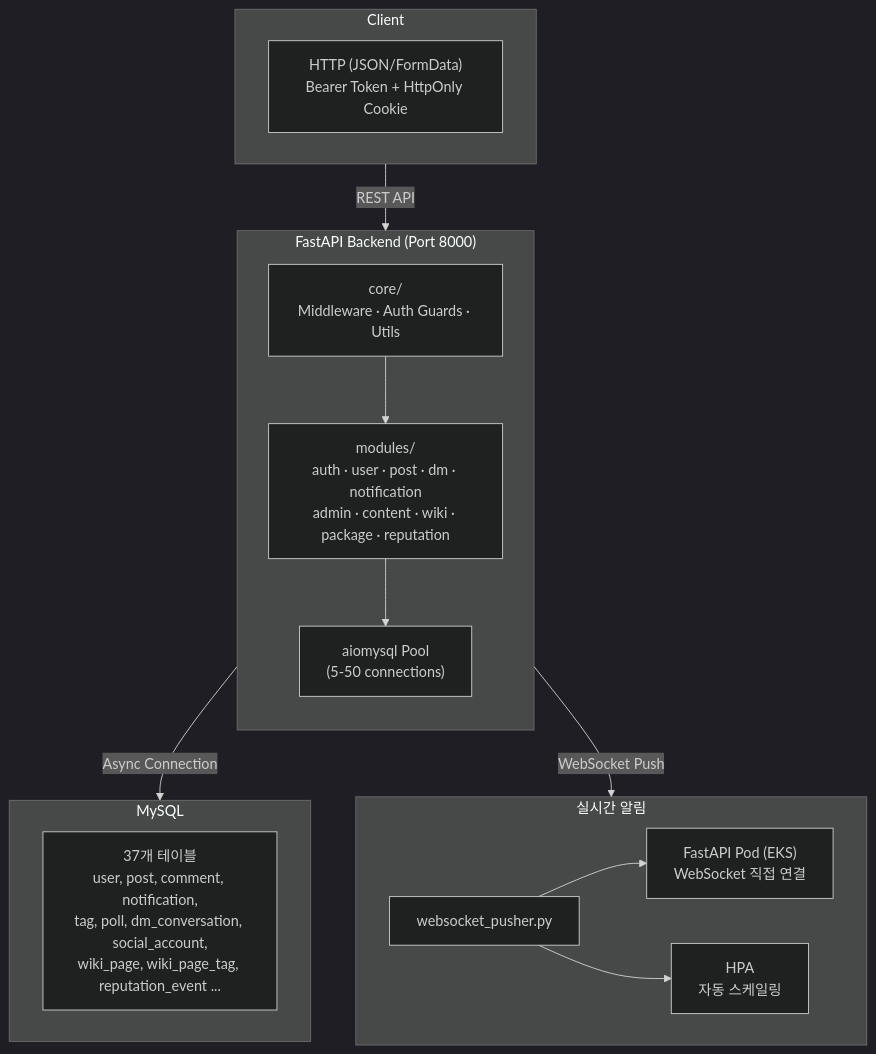
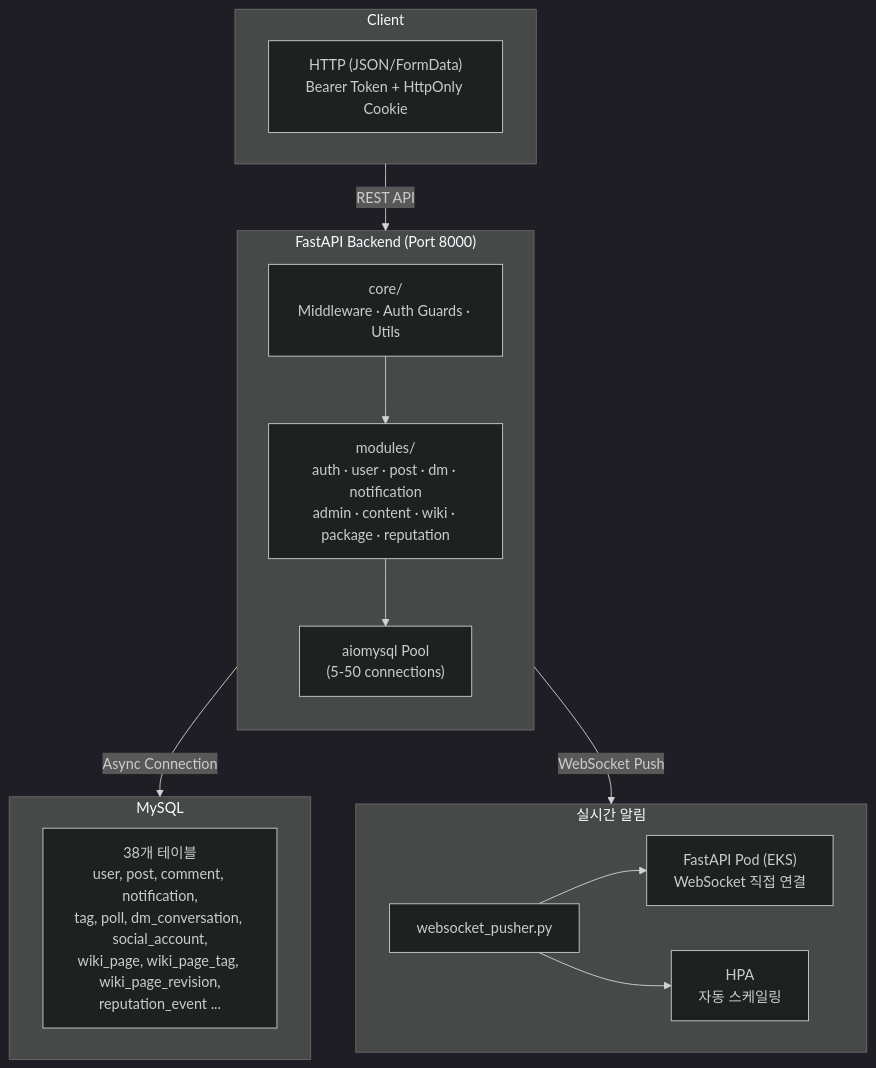
The first of 5 diagrams in README.md (revenantonthemission/2-cho-community-be), drawn with Mermaid (dark theme) before and after one commit. The commit also changed 1 other file, not shown here.

Commit message:
docs: knowledge quality 기능 동기화 업데이트 (BE)

````diff
--- a/README.md
+++ b/README.md
@@ -24,30 +24,30 @@
 ```mermaid
 flowchart TD
     subgraph Client["Client"]
         FE["HTTP (JSON/FormData)<br/>Bearer Token + HttpOnly Cookie"]
     end
 
     Client -->|"REST API"| Backend
 
     subgraph Backend["FastAPI Backend (Port 8000)"]
         direction TB
         Core["core/<br/>Middleware · Auth Guards · Utils"]
         Core --> Modules
         Modules["modules/<br/>auth · user · post · dm · notification<br/>admin · content · wiki · package · reputation"]
         Modules --> Pool["aiomysql Pool<br/>(5-50 connections)"]
     end
 
     Backend -->|"Async Connection"| DB
 
     subgraph DB["MySQL"]
-        Tables["37개 테이블<br/>user, post, comment, notification,<br/>tag, poll, dm_conversation, social_account,<br/>wiki_page, wiki_page_tag, reputation_event ..."]
+        Tables["38개 테이블<br/>user, post, comment, notification,<br/>tag, poll, dm_conversation, social_account,<br/>wiki_page, wiki_page_tag, wiki_page_revision,<br/>reputation_event ..."]
     end
 
     Backend -->|"WebSocket Push"| WS
 
     subgraph WS["실시간 알림"]
         Pusher["websocket_pusher.py"]
         Pusher --> K8sPod["FastAPI Pod (EKS)<br/>WebSocket 직접 연결"]
         Pusher --> HPA["HPA<br/>자동 스케일링"]
     end
 ```
````
